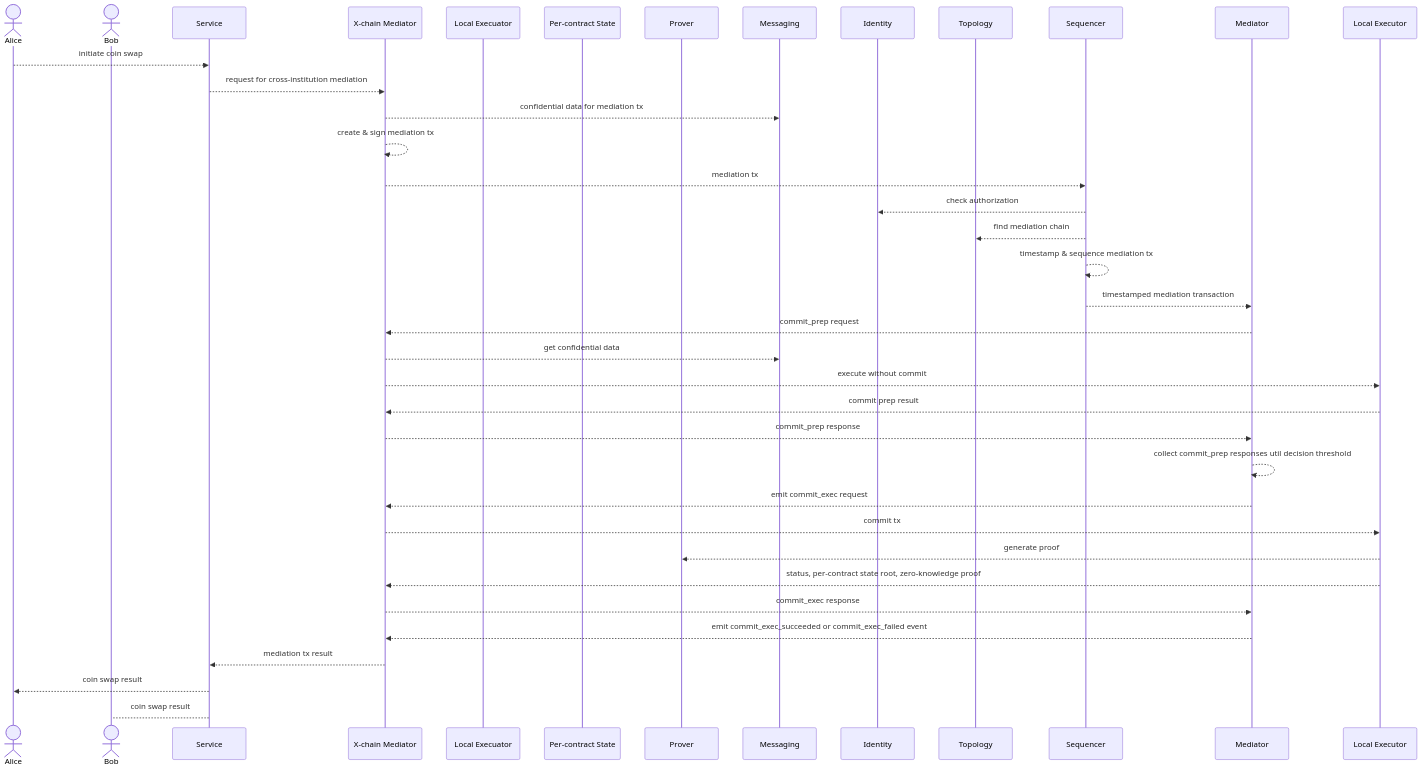
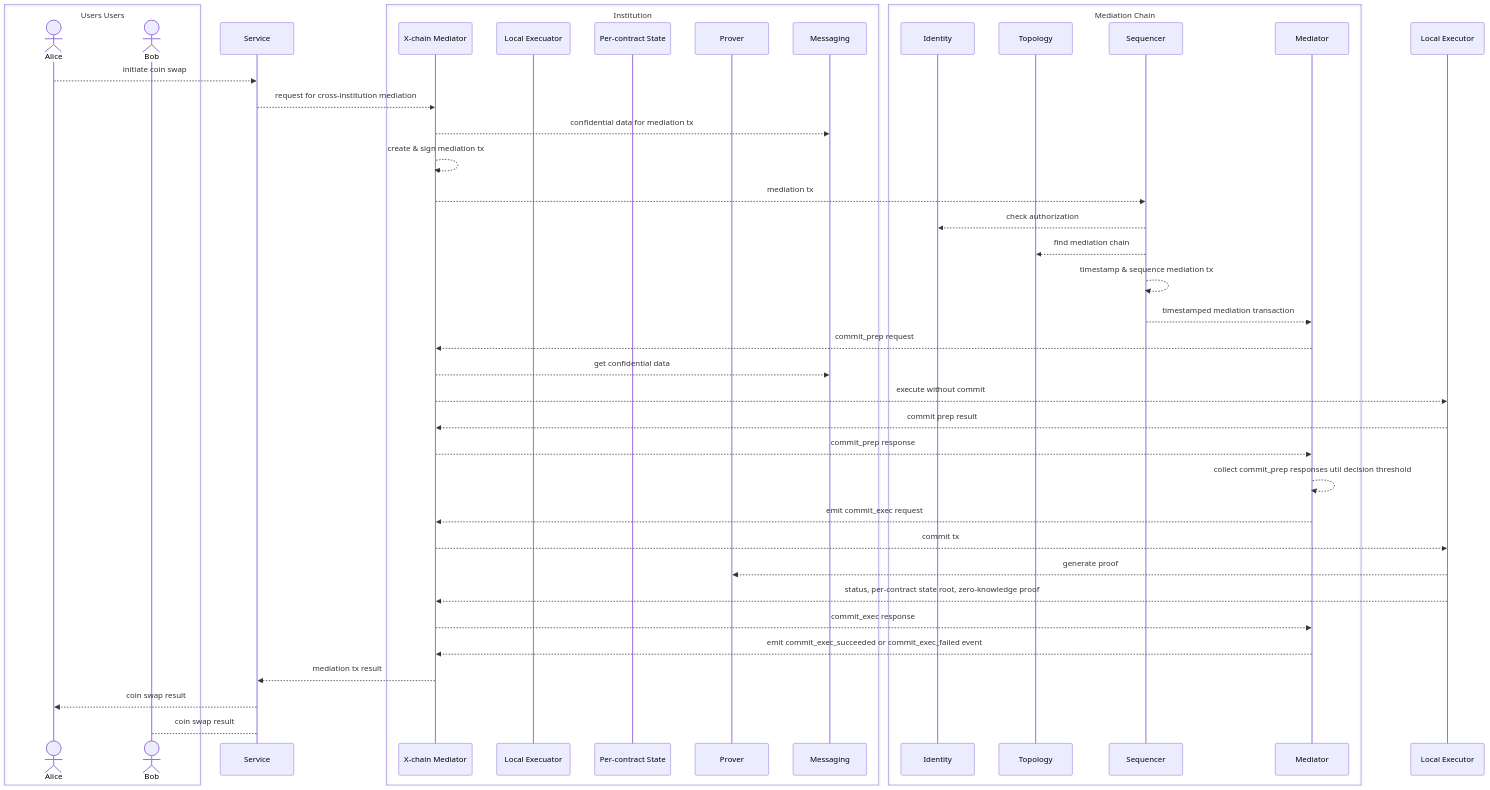
Before and after one commit to PDXbaap/design: the diagram in finance_architecture.md, drawn with Mermaid.

Commit message:
Update finance architecture diagram with sequence details

````diff
--- a/finance_architecture.md
+++ b/finance_architecture.md
@@ -29,40 +29,46 @@
 ```mermaid
 sequenceDiagram
+box Users Users
 actor Alice
 actor Bob
+end
 participant Service
+box Institution
 participant X-chain Mediator
 participant Local Execuator
 participant Per-contract State
 participant Prover
 participant Messaging
+end
+box Mediation Chain
 participant Identity
 participant Topology
 participant Sequencer
 participant Mediator
+end
 
 Alice -->> Service: initiate coin swap
 Service -->> X-chain Mediator: request for cross-institution mediation
 X-chain Mediator -->> Messaging: confidential data for mediation tx
 X-chain Mediator -->> X-chain Mediator: create & sign mediation tx
 X-chain Mediator -->> Sequencer: mediation tx
 Sequencer -->> Identity: check authorization
 Sequencer -->> Topology: find mediation chain
 Sequencer -->> Sequencer: timestamp & sequence mediation tx
 Sequencer -->> Mediator: timestamped mediation transaction
 Mediator -->> X-chain Mediator: commit_prep request
 X-chain Mediator -->> Messaging: get confidential data
 X-chain Mediator -->> Local Executor: execute without commit
 Local Executor -->> X-chain Mediator: commit prep result
 X-chain Mediator -->> Mediator: commit_prep response
 Mediator -->> Mediator: collect commit_prep responses util decision threshold
 Mediator -->> X-chain Mediator: emit commit_exec request
 X-chain Mediator -->> Local Executor: commit tx
 Local Executor -->> Prover: generate proof
 Local Executor -->> X-chain Mediator: status, per-contract state root, zero-knowledge proof
 X-chain Mediator -->> Mediator: commit_exec response
 Mediator -->> X-chain Mediator: emit commit_exec_succeeded or commit_exec_failed event
 X-chain Mediator -->> Service: mediation tx result
 Service -->> Alice: coin swap result
 Service --> Bob: coin swap result
 ```
````
